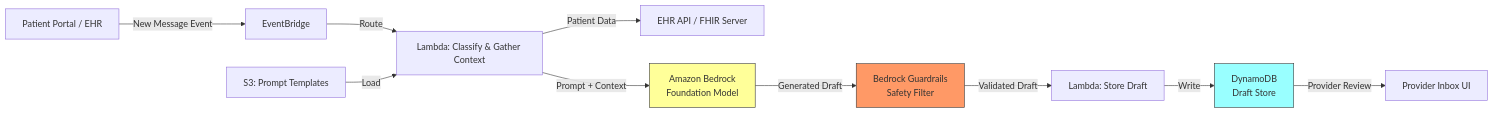
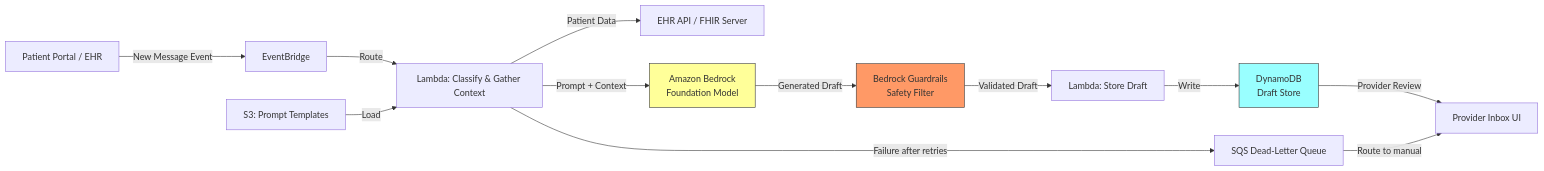
Before and after one commit to ccrngd1/HCLS-ai-book: the diagram in chapter02.01-patient-message-response-drafting.md, drawn with Mermaid. The commit also changed other lines of this file and 6 other files, not shown here.

````diff
--- a/chapter02.01-patient-message-response-drafting.md
+++ b/chapter02.01-patient-message-response-drafting.md
@@ -123,17 +131,19 @@
 ```mermaid
 flowchart LR
     A[Patient Portal / EHR] -->|New Message Event| B[EventBridge]
     B -->|Route| C[Lambda: Classify & Gather Context]
     C -->|Patient Data| D[EHR API / FHIR Server]
     C -->|Prompt + Context| E[Amazon Bedrock\nFoundation Model]
     E -->|Generated Draft| F[Bedrock Guardrails\nSafety Filter]
     F -->|Validated Draft| G[Lambda: Store Draft]
     G -->|Write| H[DynamoDB\nDraft Store]
     H -->|Provider Review| I[Provider Inbox UI]
+    C -->|Failure after retries| K[SQS Dead-Letter Queue]
+    K -->|Route to manual| I
     
     J[S3: Prompt Templates] -->|Load| C
 
     style E fill:#ff9,stroke:#333
     style F fill:#f96,stroke:#333
     style H fill:#9ff,stroke:#333
 ```
````
